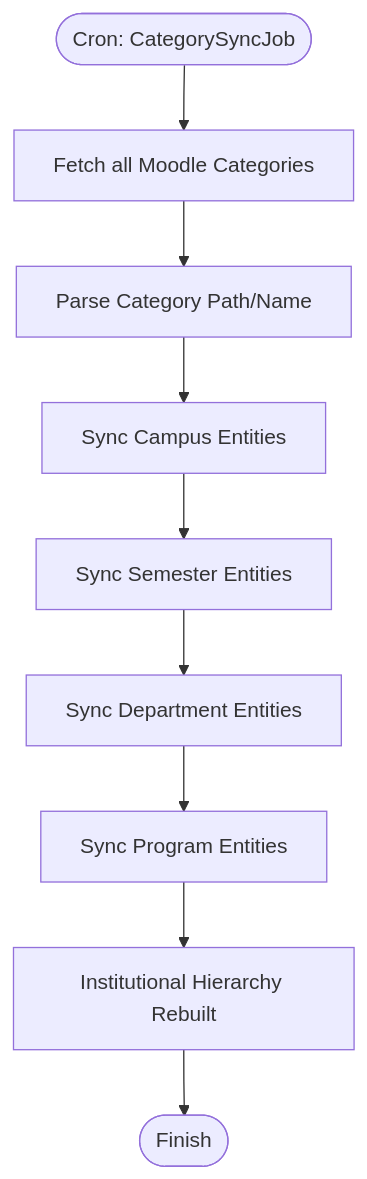
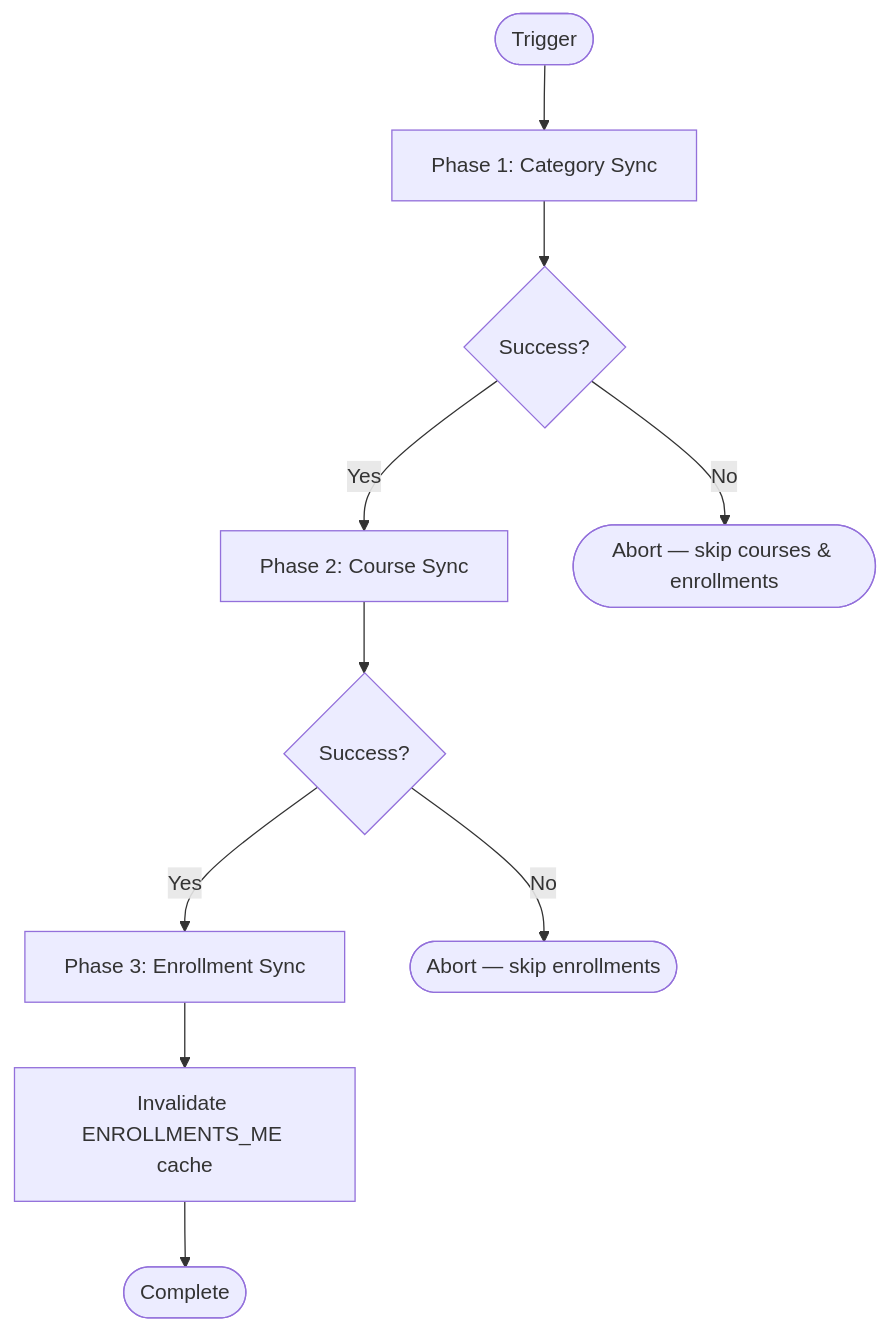
One commit to CtrlAltElite-Devs/docs.dev.faculytics changed the diagram in content/docs/workflows/institutional-sync.mdx. Above: the diagram before and after it, drawn with Mermaid. The commit also changed other lines of this file and 2 other files, not shown here.

First line of the commit message:
chore: sync docs content with upstream API sources

````diff
--- a/content/docs/workflows/institutional-sync.mdx
+++ b/content/docs/workflows/institutional-sync.mdx
@@ -8,11 +18,12 @@
 ```mermaid
 flowchart TD
-    Start([Cron: CategorySyncJob]) --> Fetch[Fetch all Moodle Categories]
-    Fetch --> Parse[Parse Category Path/Name]
-    Parse --> BuildCampus[Sync Campus Entities]
-    BuildCampus --> BuildSemester[Sync Semester Entities]
-    BuildSemester --> BuildDept[Sync Department Entities]
-    BuildDept --> BuildProg[Sync Program Entities]
-    BuildProg --> HierarchyReady[Institutional Hierarchy Rebuilt]
-    HierarchyReady --> End([Finish])
+    Start([Trigger]) --> Categories[Phase 1: Category Sync]
+    Categories --> CatOK{Success?}
+    CatOK -->|Yes| Courses[Phase 2: Course Sync]
+    CatOK -->|No| Abort1([Abort — skip courses & enrollments])
+    Courses --> CourseOK{Success?}
+    CourseOK -->|Yes| Enrollments[Phase 3: Enrollment Sync]
+    CourseOK -->|No| Abort2([Abort — skip enrollments])
+    Enrollments --> Cache[Invalidate ENROLLMENTS_ME cache]
+    Cache --> Done([Complete])
 ```
````
